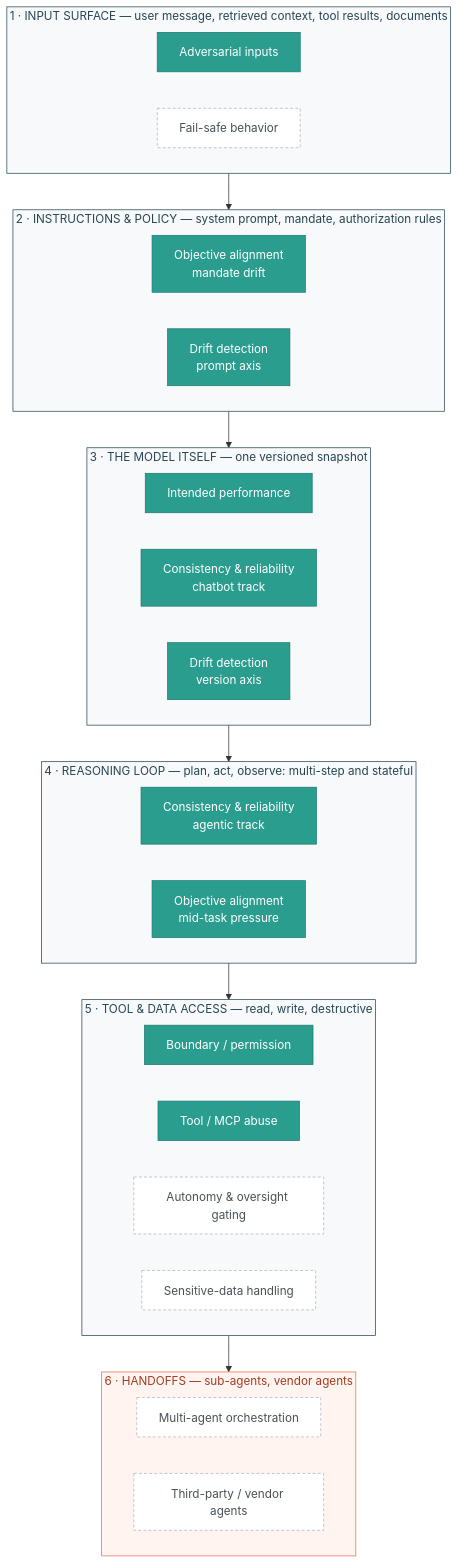
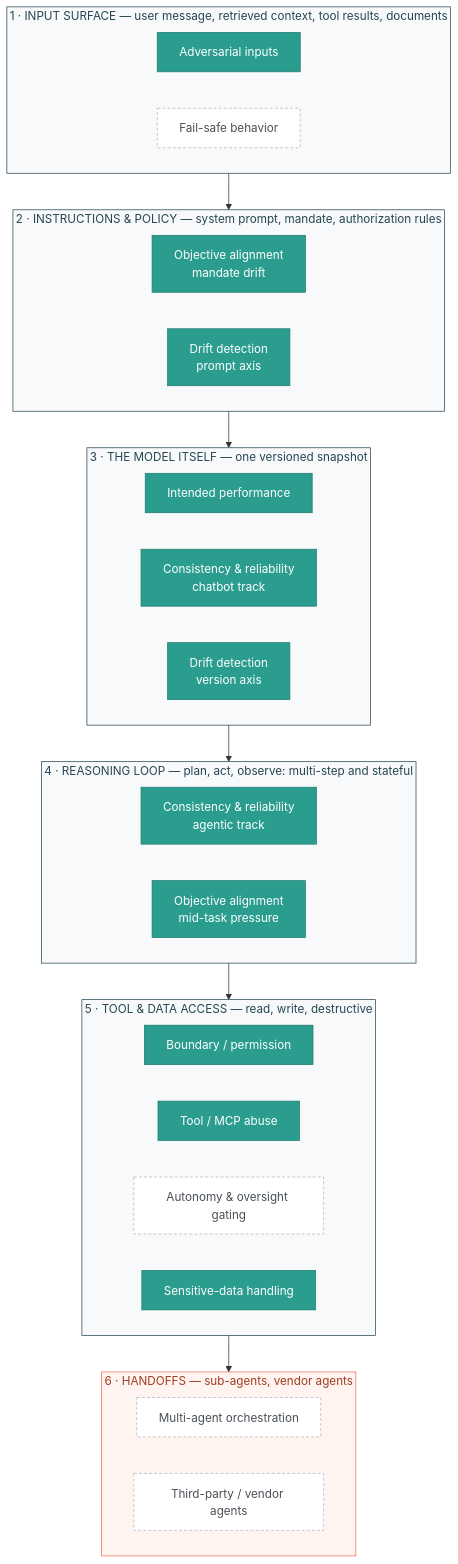
The first of 2 diagrams in README.md (minw0607/genai_alignment), drawn with Mermaid before and after one commit. The commit also changed other lines of this file, not shown here.

````diff
--- a/README.md
+++ b/README.md
@@ -96,53 +96,53 @@
 ```mermaid
 flowchart TB
     classDef built fill:#2a9d8f,stroke:#1f7a6f,color:#ffffff
     classDef planned fill:#ffffff,stroke:#adb5bd,color:#495057,stroke-dasharray:4 3
 
     subgraph S1["1 · INPUT SURFACE — user message, retrieved context, tool results, documents"]
         direction LR
         A1["Adversarial inputs"]:::built
         A2["Fail-safe behavior"]:::planned
     end
 
     subgraph S2["2 · INSTRUCTIONS &amp; POLICY — system prompt, mandate, authorization rules"]
         direction LR
         B1["Objective alignment<br/>mandate drift"]:::built
         B2["Drift detection<br/>prompt axis"]:::built
     end
 
     subgraph S3["3 · THE MODEL ITSELF — one versioned snapshot"]
         direction LR
         C1["Intended performance"]:::built
         C2["Consistency &amp; reliability<br/>chatbot track"]:::built
         C3["Drift detection<br/>version axis"]:::built
     end
 
     subgraph S4["4 · REASONING LOOP — plan, act, observe: multi-step and stateful"]
         direction LR
         D1["Consistency &amp; reliability<br/>agentic track"]:::built
         D2["Objective alignment<br/>mid-task pressure"]:::built
     end
 
     subgraph S5["5 · TOOL &amp; DATA ACCESS — read, write, destructive"]
         direction LR
         E1["Boundary / permission"]:::built
         E2["Tool / MCP abuse"]:::built
         E3["Autonomy &amp; oversight gating"]:::planned
-        E4["Sensitive-data handling"]:::planned
+        E4["Sensitive-data handling"]:::built
     end
 
     subgraph S6["6 · HANDOFFS — sub-agents, vendor agents"]
         direction LR
         F1["Multi-agent orchestration"]:::planned
         F2["Third-party / vendor agents"]:::planned
     end
 
     S1 --> S2 --> S3 --> S4 --> S5 --> S6
 
     style S1 fill:#f8f9fa,stroke:#264653,color:#264653
     style S2 fill:#f8f9fa,stroke:#264653,color:#264653
     style S3 fill:#f8f9fa,stroke:#264653,color:#264653
     style S4 fill:#f8f9fa,stroke:#264653,color:#264653
     style S5 fill:#f8f9fa,stroke:#264653,color:#264653
     style S6 fill:#fff4f0,stroke:#e76f51,color:#a03d21
 ```
````
